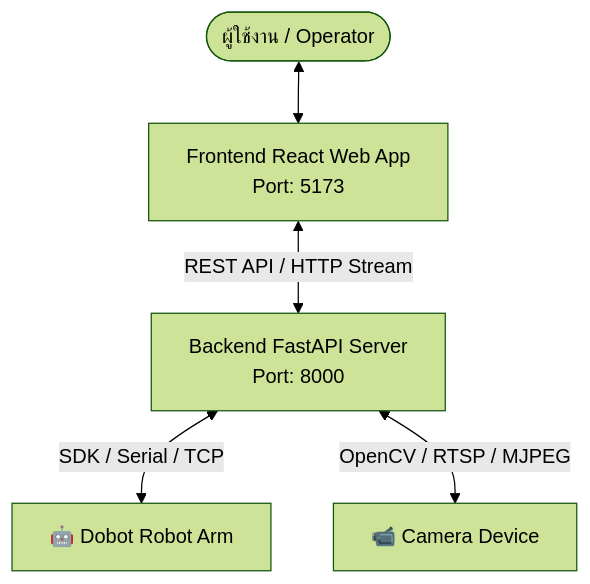
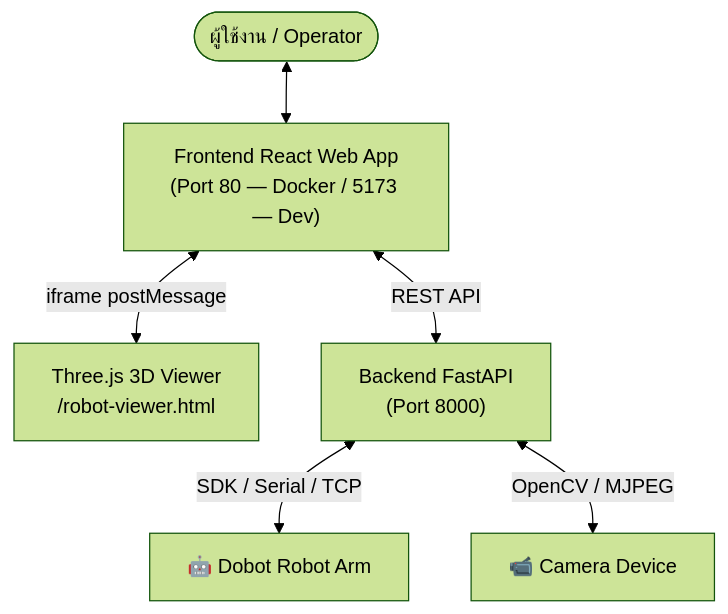
One commit to RobotGuiding101/web_robot changed the diagram in README.md. Above: the diagram before and after it, drawn with Mermaid (forest theme). The commit also changed other lines of this file, not shown here.

````diff
--- a/README.md
+++ b/README.md
@@ -84,7 +114,8 @@
 ```mermaid
 graph TD
-    User([ผู้ใช้งาน / Operator]) <--> Frontend[Frontend React Web App<br/>Port: 5173]
-    Frontend <-->|REST API / HTTP Stream| Backend[Backend FastAPI Server<br/>Port: 8000]
+    User([ผู้ใช้งาน / Operator]) <--> Frontend["Frontend React Web App\n(Port 80 — Docker / 5173 — Dev)"]
+    Frontend <-->|iframe postMessage| Viewer["Three.js 3D Viewer\n/robot-viewer.html"]
+    Frontend <-->|REST API| Backend["Backend FastAPI\n(Port 8000)"]
     Backend <-->|SDK / Serial / TCP| Dobot[🤖 Dobot Robot Arm]
-    Backend <-->|OpenCV / RTSP / MJPEG| Camera[📹 Camera Device]
+    Backend <-->|OpenCV / MJPEG| Camera[📹 Camera Device]
 ```
````
